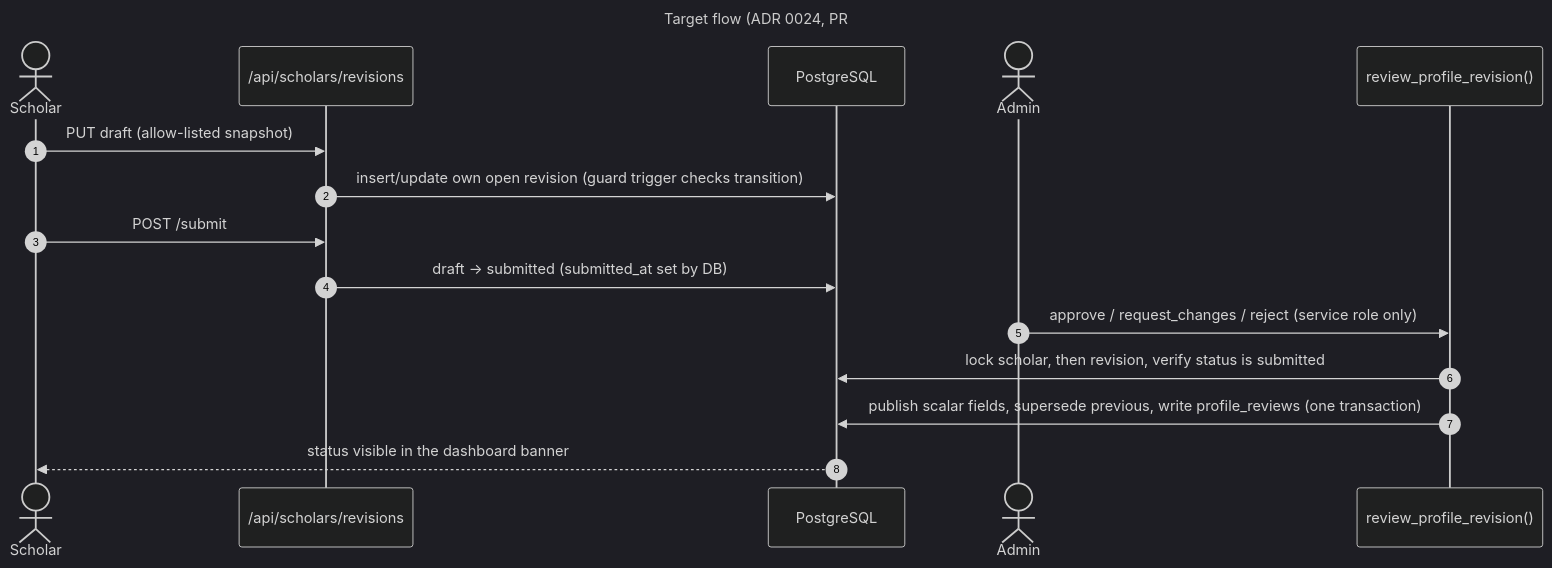
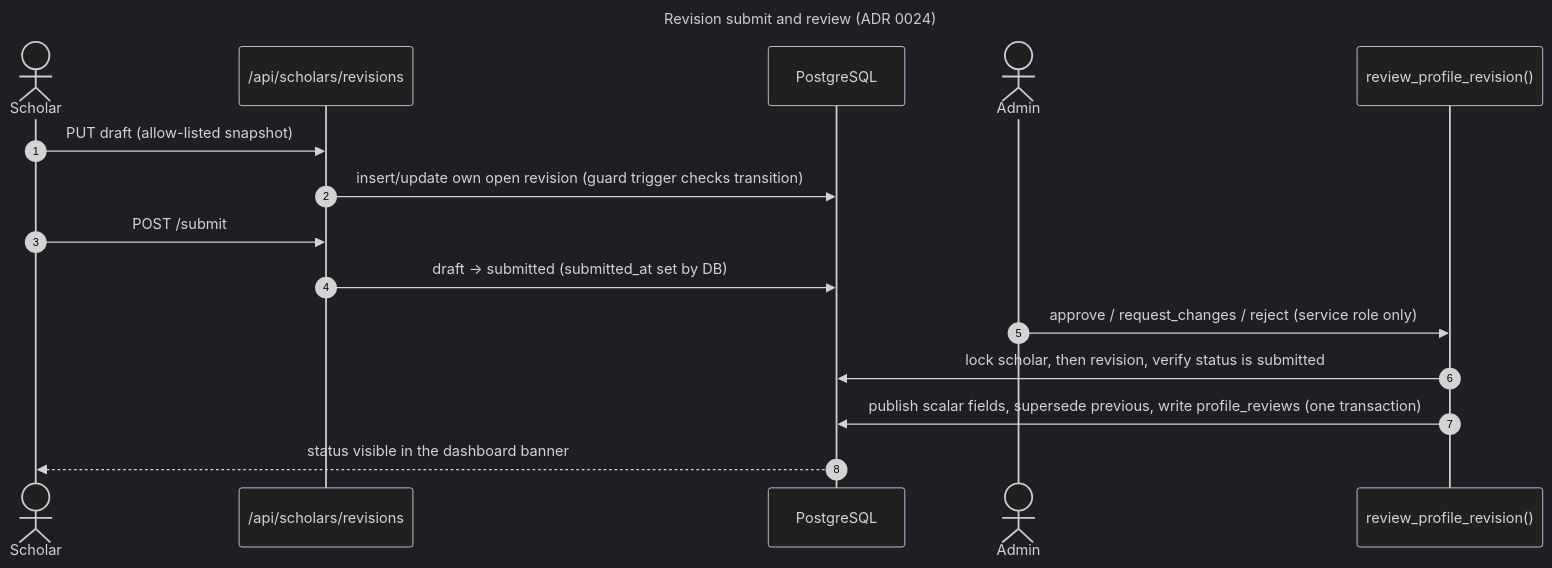
The third of 5 diagrams in docs/architecture.md (ricardojjulia/FaithFullScholars), drawn with Mermaid (dark theme) before and after one commit. The commit also changed other lines of this file and 1 other file, not shown here.

Commit message:
docs(repo): describe the revision lifecycle as live now that #56 is deployed

````diff
--- a/docs/architecture.md
+++ b/docs/architecture.md
@@ -96,21 +96,21 @@
 ```mermaid
 ---
-title: Target flow (ADR 0024, PR #56)
+title: Revision submit and review (ADR 0024)
 ---
 sequenceDiagram
     autonumber
     actor Sch as Scholar
     participant API as /api/scholars/revisions
     participant DB as PostgreSQL
     actor Adm as Admin
     participant RPC as review_profile_revision()
 
     Sch->>API: PUT draft (allow-listed snapshot)
     API->>DB: insert/update own open revision (guard trigger checks transition)
     Sch->>API: POST /submit
     API->>DB: draft → submitted (submitted_at set by DB)
     Adm->>RPC: approve / request_changes / reject (service role only)
     RPC->>DB: lock scholar, then revision, verify status is submitted
     RPC->>DB: publish scalar fields, supersede previous, write profile_reviews (one transaction)
     DB-->>Sch: status visible in the dashboard banner
 ```
````
